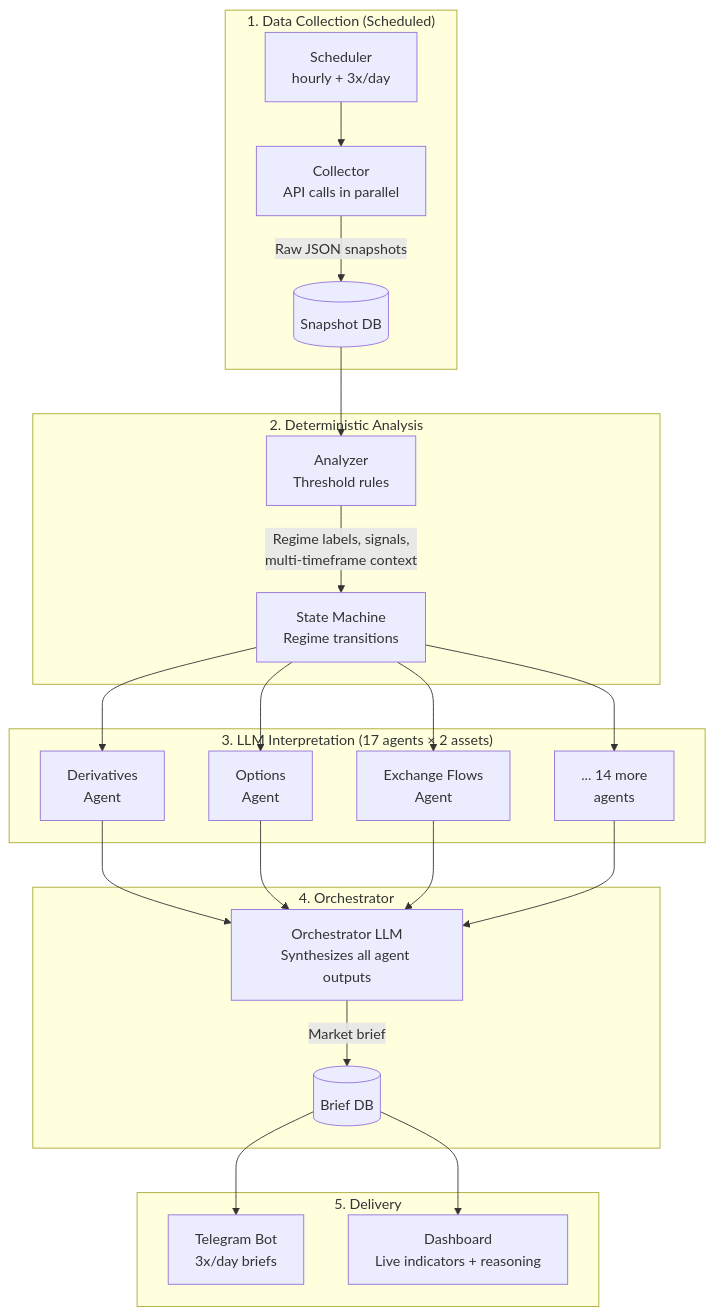
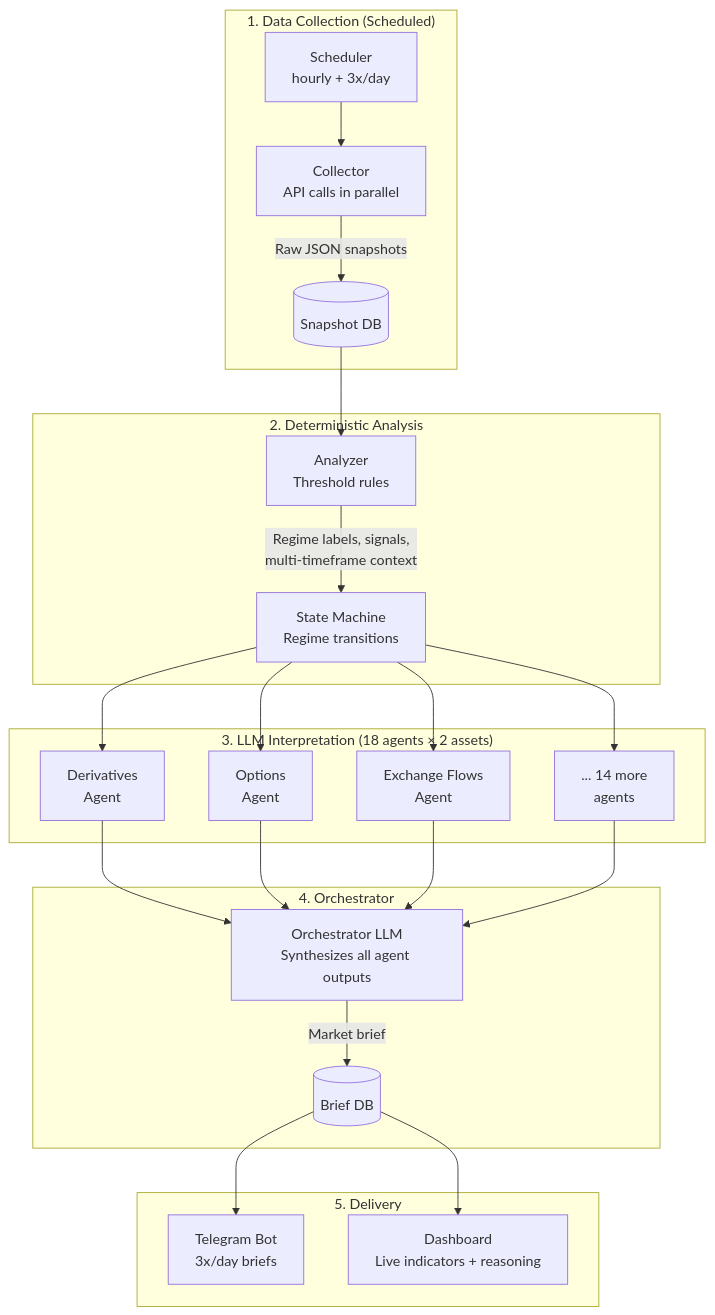
One commit to vanya2h/market_intelligence changed the diagram in docs/about.md. Above: the diagram before and after it, drawn with Mermaid. The commit also changed other lines of this file and 5 other files, not shown here.

````diff
--- a/docs/about.md
+++ b/docs/about.md
@@ -25,32 +25,32 @@
 ```mermaid
 graph TD
     subgraph "1. Data Collection (Scheduled)"
         S[Scheduler<br/>hourly + 3x/day] --> C[Collector<br/>API calls in parallel]
         C --> |Raw JSON snapshots| DB1[(Snapshot DB)]
     end
 
     subgraph "2. Deterministic Analysis"
         DB1 --> A[Analyzer<br/>Threshold rules]
         A --> |Regime labels, signals,<br/>multi-timeframe context| SM[State Machine<br/>Regime transitions]
     end
 
-    subgraph "3. LLM Interpretation (17 agents × 2 assets)"
+    subgraph "3. LLM Interpretation (18 agents × 2 assets)"
         SM --> A1[Derivatives<br/>Agent]
         SM --> A2[Options<br/>Agent]
         SM --> A3[Exchange Flows<br/>Agent]
         SM --> AN[... 14 more<br/>agents]
     end
 
     subgraph "4. Orchestrator"
         A1 --> O[Orchestrator LLM<br/>Synthesizes all agent outputs]
         A2 --> O
         A3 --> O
         AN --> O
         O --> |Market brief| DB2[(Brief DB)]
     end
 
     subgraph "5. Delivery"
         DB2 --> T[Telegram Bot<br/>3x/day briefs]
         DB2 --> D[Dashboard<br/>Live indicators + reasoning]
     end
 ```
````
